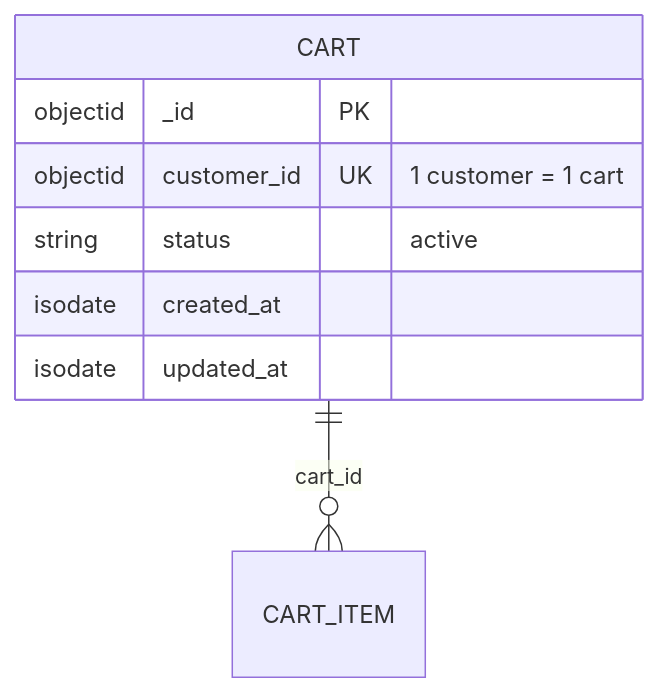
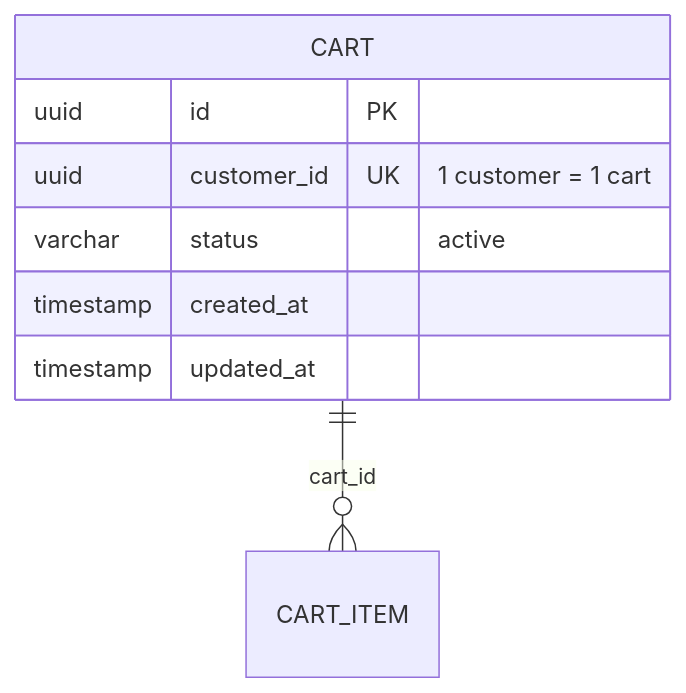
Before and after one commit to ldqanh1408/stealing-from-paradise: the diagram in documents/data-models/product-service/entity-cart.md, drawn with Mermaid. The commit also changed other lines of this file and 128 other files, not shown here.

````diff
--- a/documents/data-models/product-service/entity-cart.md
+++ b/documents/data-models/product-service/entity-cart.md
@@ -12,12 +12,12 @@
 ```mermaid
 erDiagram
     CART ||--o{ CART_ITEM : "cart_id"
 
     CART {
-        objectid _id PK
-        objectid customer_id UK "1 customer = 1 cart"
-        string status "active"
-        isodate created_at
-        isodate updated_at
+        uuid id PK
+        uuid customer_id UK "1 customer = 1 cart"
+        varchar status "active"
+        timestamp created_at
+        timestamp updated_at
     }
 ```
````
